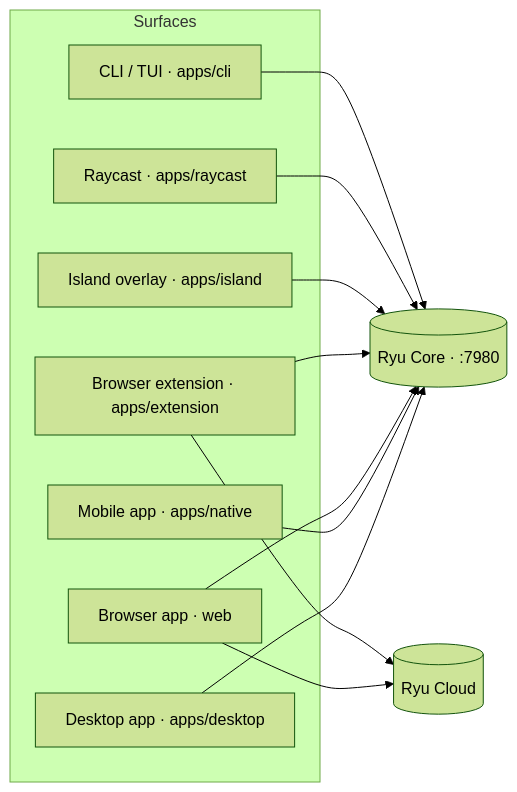
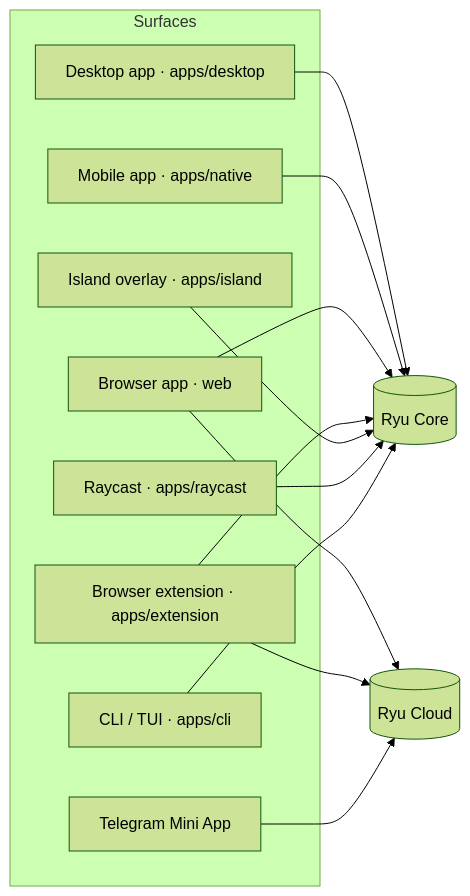
Before and after one commit to amajorai/ryu-docs: the diagram in content/docs/surfaces/index.mdx, drawn with Mermaid (forest theme). The commit also changed other lines of this file and 2538 other files, not shown here.

````diff
--- a/content/docs/surfaces/index.mdx
+++ b/content/docs/surfaces/index.mdx
@@ -12,23 +14,25 @@
 ```mermaid
 flowchart LR
   subgraph "Surfaces"
     d[Desktop app · apps/desktop]
     m[Mobile app · apps/native]
     w[Browser app · web]
     e[Browser extension · apps/extension]
+    t[Telegram Mini App]
     i[Island overlay · apps/island]
     r[Raycast · apps/raycast]
     c[CLI / TUI · apps/cli]
   end
-  core[(Ryu Core · :7980)]
+  core[(Ryu Core)]
   cloud[(Ryu Cloud)]
   d --> core
   m --> core
   w --> core
   w --> cloud
   e --> core
   e --> cloud
+  t --> cloud
   i --> core
   r --> core
   c --> core
 ```
````
